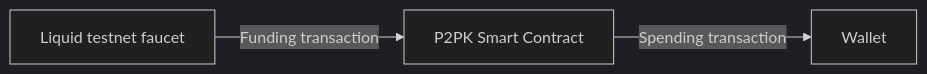
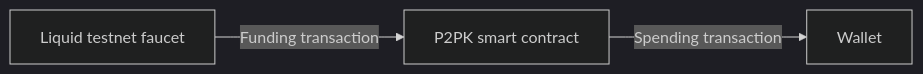
One commit to BlockstreamResearch/simplicity-lang-org changed the diagram in docs/getting-started/quickstart.md. Above: the diagram before and after it, drawn with Mermaid (dark theme).

Commit message:
Also don't capitalize Smart Contract in the diagram

````diff
--- a/docs/getting-started/quickstart.md
+++ b/docs/getting-started/quickstart.md
@@ -115,5 +115,5 @@
 ```mermaid
 flowchart LR
-    A[Liquid testnet faucet] -- Funding transaction --> B[P2PK Smart Contract];
+    A[Liquid testnet faucet] -- Funding transaction --> B[P2PK smart contract];
     B -- Spending transaction --> C[Wallet];
 ```
````
